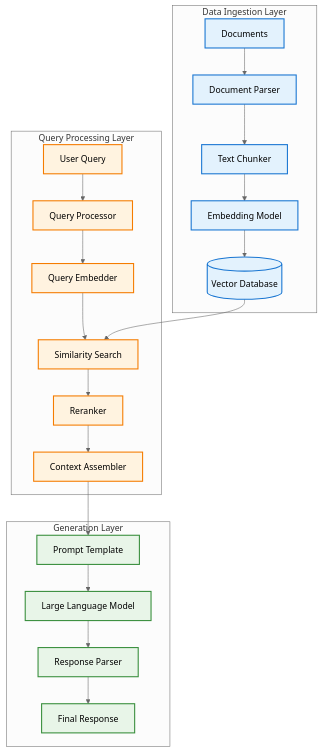
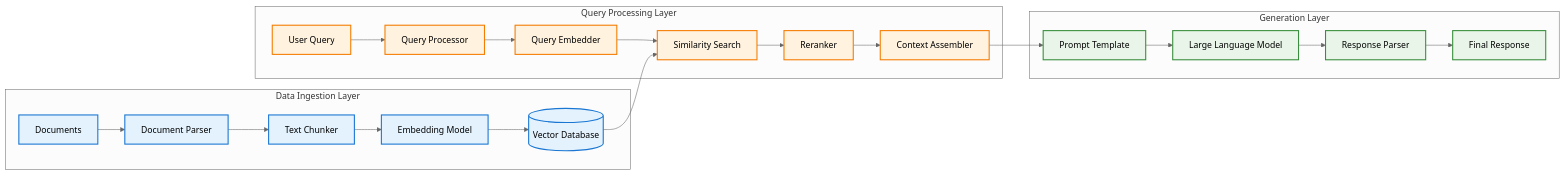
The first of 4 diagrams in week-4/rag-introduction/README.md (baronsengir007/Ai-Assistent-Nylas), drawn with Mermaid before and after one commit.

Commit message:
Update graph direction in README.md for RAG introduction from TB to LR to improve visual representation of the data ingestion layer. This change enhances the clarity of the system's architecture.

````diff
--- a/week-4/rag-introduction/README.md
+++ b/week-4/rag-introduction/README.md
@@ -68,37 +68,37 @@
 ```mermaid
 ---
 config:
   theme: neutral
 ---
-graph TB
+graph LR
     subgraph "Data Ingestion Layer"
         A[Documents] --> B[Document Parser]
         B --> C[Text Chunker]
         C --> D[Embedding Model]
         D --> E[(Vector Database)]
     end
     
     subgraph "Query Processing Layer"
         F[User Query] --> G[Query Processor]
         G --> H[Query Embedder]
         H --> I[Similarity Search]
         E --> I
         I --> J[Reranker]
         J --> K[Context Assembler]
     end
     
     subgraph "Generation Layer"
         K --> L[Prompt Template]
         L --> M[Large Language Model]
         M --> N[Response Parser]
         N --> O[Final Response]
     end
     
     classDef ingestion fill:#e3f2fd,stroke:#1976d2,stroke-width:2px
     classDef processing fill:#fff3e0,stroke:#f57c00,stroke-width:2px
     classDef generation fill:#e8f5e8,stroke:#388e3c,stroke-width:2px
     
     class A,B,C,D,E ingestion
     class F,G,H,I,J,K processing
     class L,M,N,O generation
 ```
````
